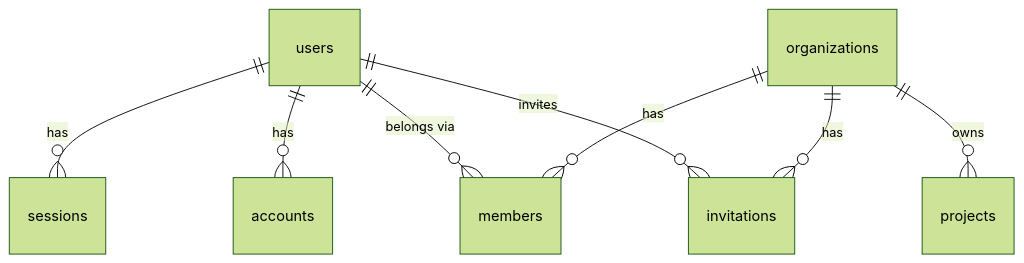
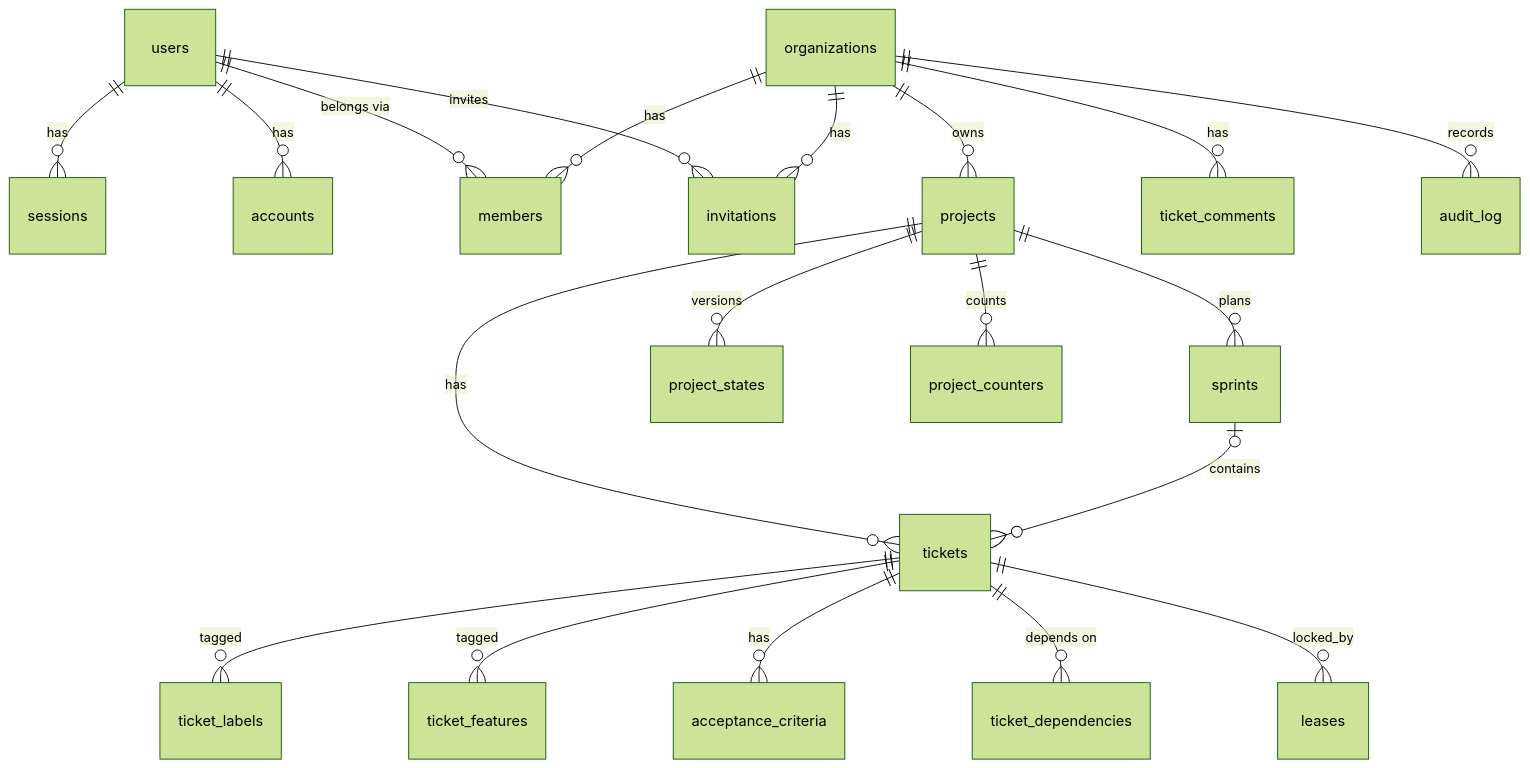
The first of 4 diagrams in docs/domain-model.md (koklo-dev/koklo), drawn with Mermaid (forest theme) before and after one commit. The commit also changed other lines of this file and 16 other files, not shown here.

Commit message:
feat(db): add the tickets, sprints, leases, project state and audit tables

````diff
--- a/docs/domain-model.md
+++ b/docs/domain-model.md
@@ -40,10 +50,22 @@
 ```mermaid
 erDiagram
   users ||--o{ sessions : has
   users ||--o{ accounts : has
   users ||--o{ members : "belongs via"
   users ||--o{ invitations : invites
   organizations ||--o{ members : has
   organizations ||--o{ invitations : has
   organizations ||--o{ projects : owns
+  projects ||--o{ tickets : has
+  projects ||--o{ sprints : plans
+  projects ||--o{ project_states : versions
+  projects ||--o{ project_counters : counts
+  sprints |o--o{ tickets : contains
+  tickets ||--o{ ticket_labels : tagged
+  tickets ||--o{ ticket_features : tagged
+  tickets ||--o{ acceptance_criteria : has
+  tickets ||--o{ ticket_dependencies : "depends on"
+  tickets ||--o{ leases : locked_by
+  organizations ||--o{ ticket_comments : has
+  organizations ||--o{ audit_log : records
 ```
````
